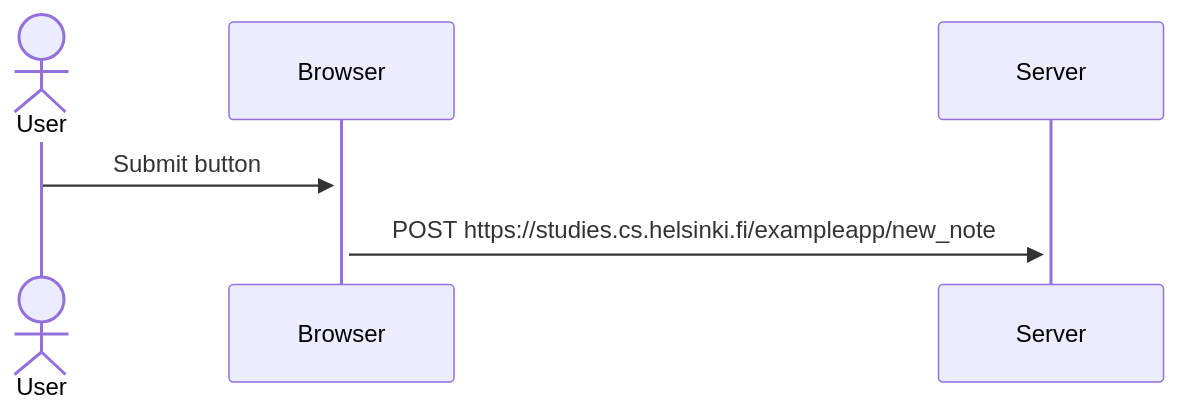
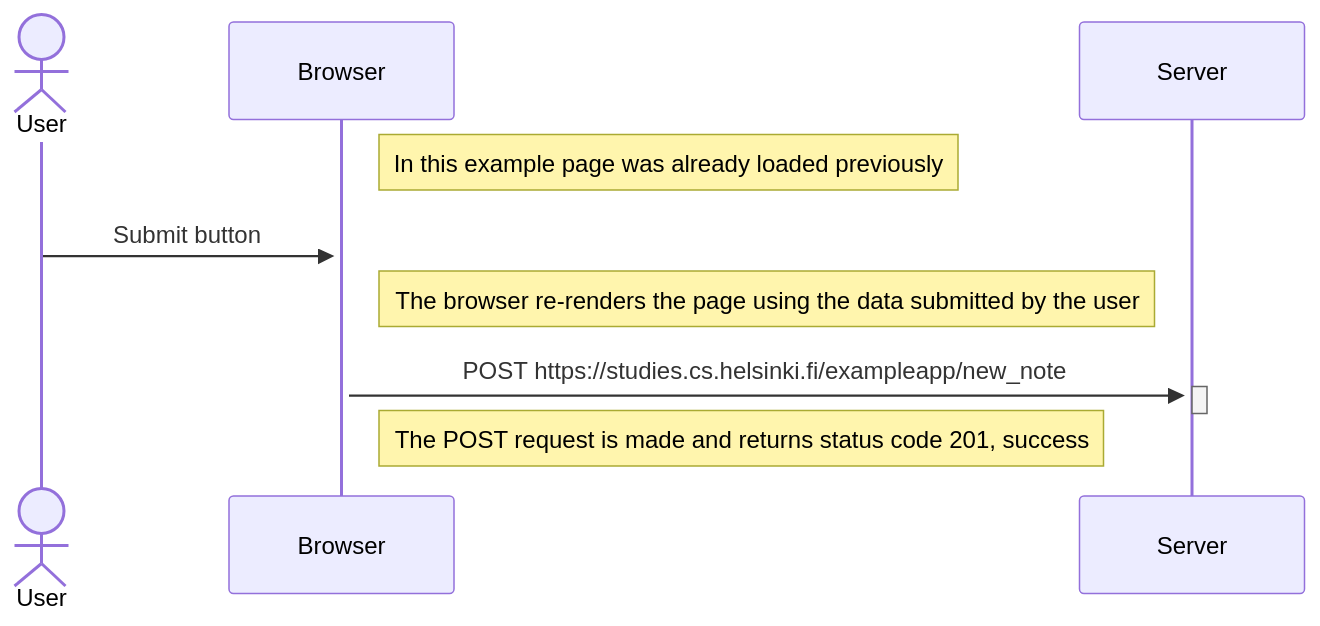
The diagram in SPAnew_note.md (aemolinas/fullstack0), drawn with Mermaid before and after one commit. The commit also changed 4 other files, not shown here.

````diff
--- a/SPAnew_note.md
+++ b/SPAnew_note.md
@@ -3,8 +3,13 @@
 ```mermaid
 sequenceDiagram
     actor User
     participant Browser
     participant Server
+    Note right of Browser: In this example page was already loaded previously
     User->>+Browser: Submit button
+    Note right of Browser: The browser re-renders the page using the data submitted by the user
     Browser->>+Server: POST https://studies.cs.helsinki.fi/exampleapp/new_note
+    activate Server 
+    deactivate Server
+    Note right of Browser: The POST request is made and returns status code 201, success
 ```
````
